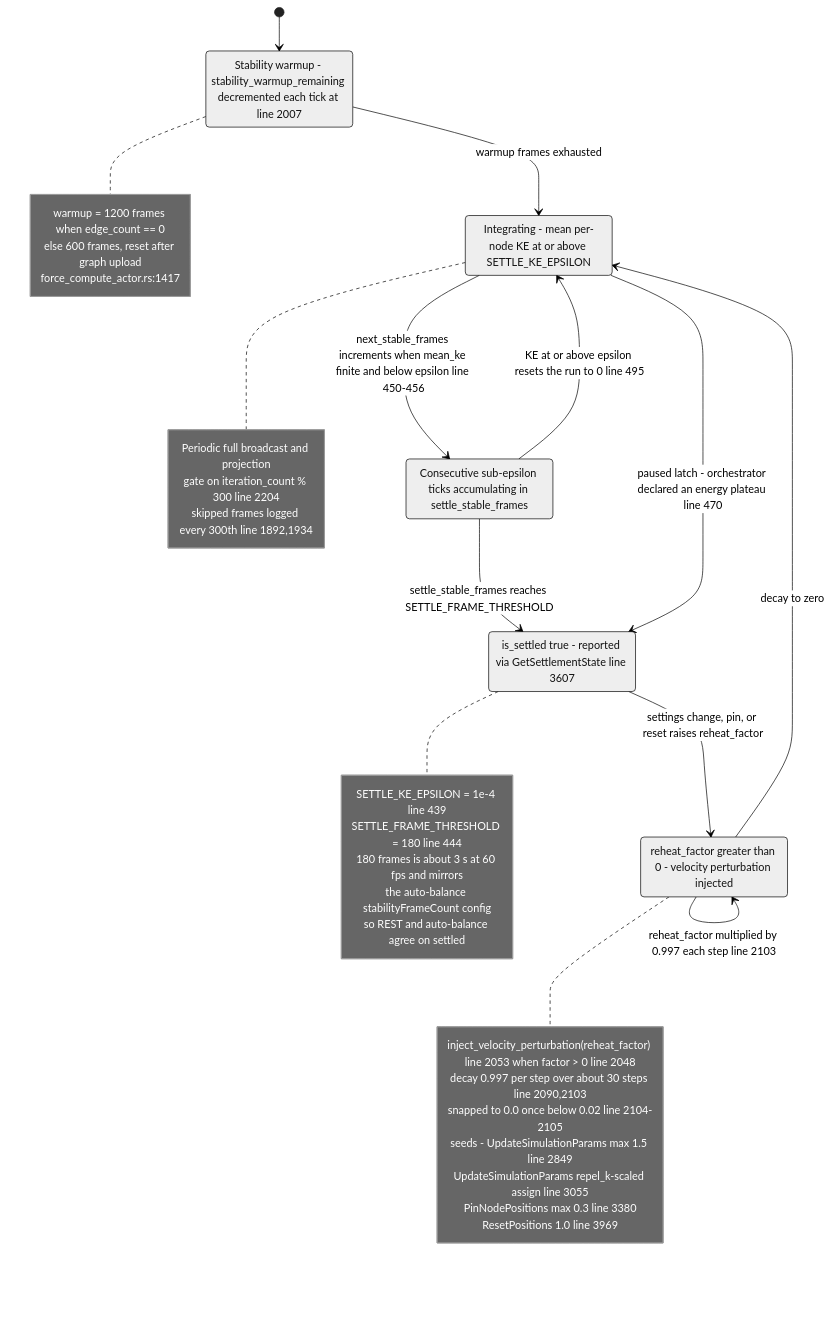
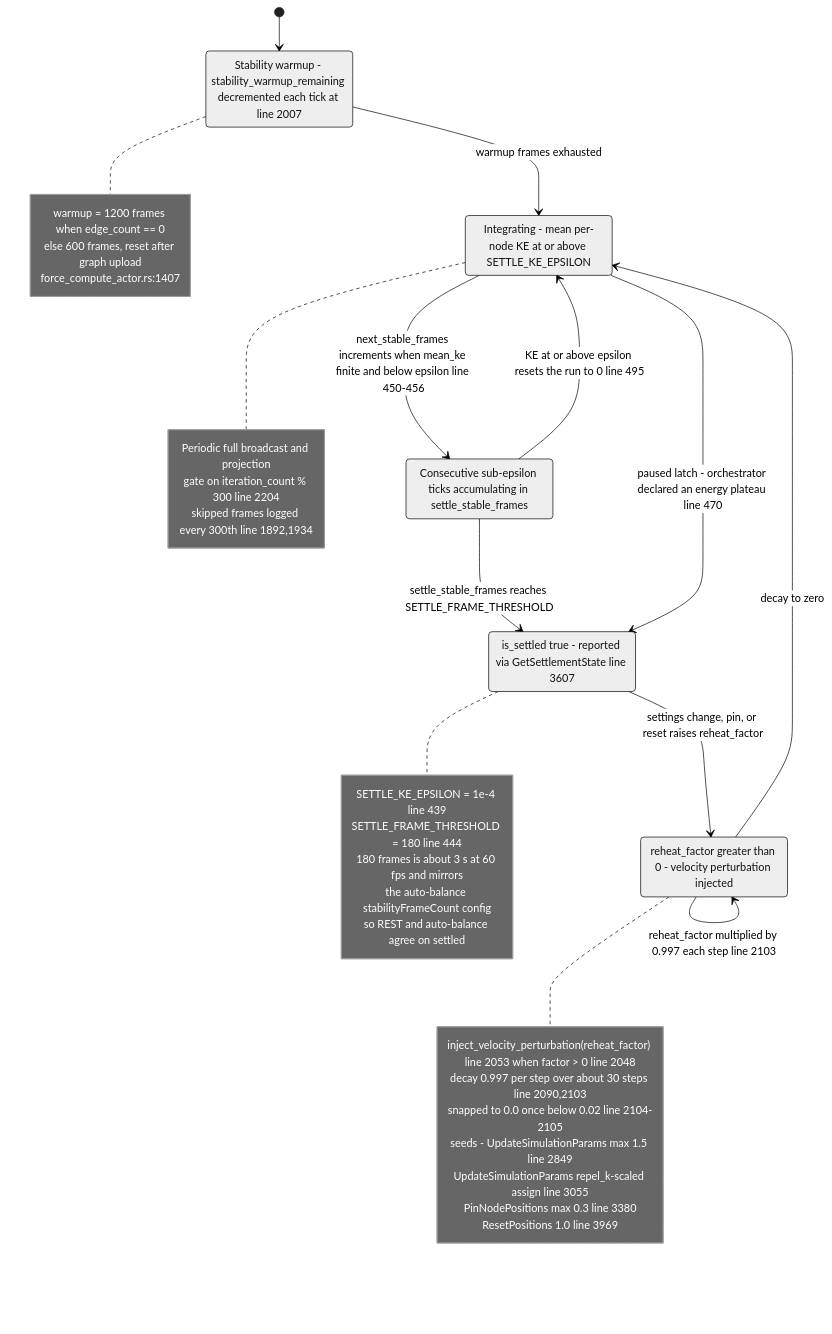
The seventh of 8 diagrams in docs/diagrams/visionclaw/11-physics-step-and-force-channels.md (DreamLab-AI/VisionFlow), drawn with Mermaid (neutral theme) before and after one commit. The commit also changed other lines of this file and 31 other files, not shown here.

````diff
--- a/docs/diagrams/visionclaw/11-physics-step-and-force-channels.md
+++ b/docs/diagrams/visionclaw/11-physics-step-and-force-channels.md
@@ -247,45 +247,45 @@
 ```mermaid
 stateDiagram-v2
     [*] --> Warmup
     Warmup: Stability warmup - stability_warmup_remaining decremented each tick at line 2007
     Active: Integrating - mean per-node KE at or above SETTLE_KE_EPSILON
     Settling: Consecutive sub-epsilon ticks accumulating in settle_stable_frames
     Settled: is_settled true - reported via GetSettlementState line 3607
     Reheated: reheat_factor greater than 0 - velocity perturbation injected
 
     Warmup --> Active: warmup frames exhausted
     Active --> Settling: next_stable_frames increments when mean_ke finite and below epsilon line 450-456
     Settling --> Active: KE at or above epsilon resets the run to 0 line 495
     Settling --> Settled: settle_stable_frames reaches SETTLE_FRAME_THRESHOLD
     Active --> Settled: paused latch - orchestrator declared an energy plateau line 470
     Settled --> Reheated: settings change, pin, or reset raises reheat_factor
     Reheated --> Active: decay to zero
     Reheated --> Reheated: reheat_factor multiplied by 0.997 each step line 2103
 
     note right of Warmup
         warmup = 1200 frames when edge_count == 0
         else 600 frames, reset after graph upload
-        force_compute_actor.rs:1417
+        force_compute_actor.rs:1407
     end note
     note right of Settled
         SETTLE_KE_EPSILON = 1e-4 line 439
         SETTLE_FRAME_THRESHOLD = 180 line 444
         180 frames is about 3 s at 60 fps and mirrors
         the auto-balance stabilityFrameCount config
         so REST and auto-balance agree on settled
     end note
     note right of Reheated
         inject_velocity_perturbation(reheat_factor) line 2053 when factor > 0 line 2048
         decay 0.997 per step over about 30 steps line 2090,2103
         snapped to 0.0 once below 0.02 line 2104-2105
         seeds - UpdateSimulationParams max 1.5 line 2849
         UpdateSimulationParams repel_k-scaled assign line 3055
         PinNodePositions max 0.3 line 3380
         ResetPositions 1.0 line 3969
     end note
     note right of Active
         Periodic full broadcast and projection
         gate on iteration_count % 300 line 2204
         skipped frames logged every 300th line 1892,1934
     end note
 ```
````
